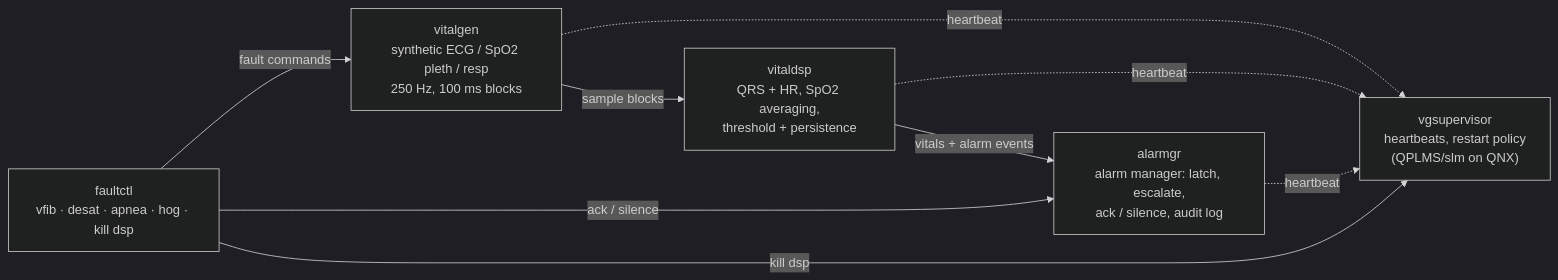
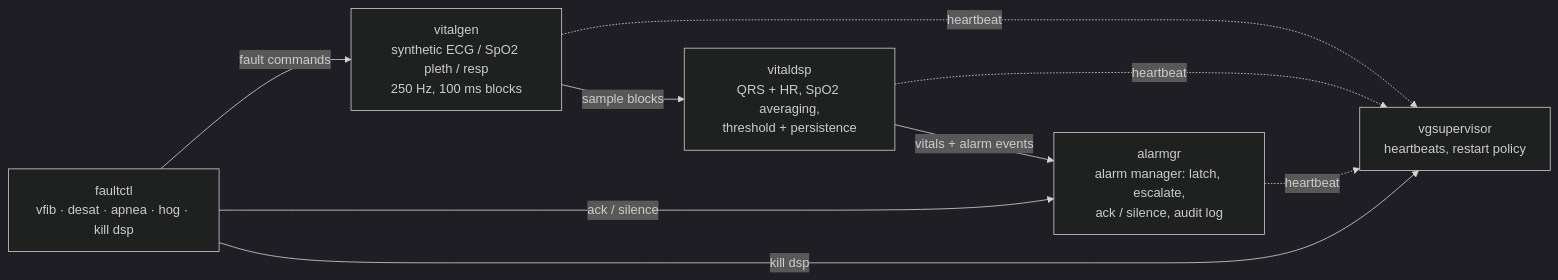
The diagram in README.md (yierliu2023github/vitalguard), drawn with Mermaid (dark theme) before and after one commit. The commit also changed other lines of this file and 8 other files, not shown here.

````diff
--- a/README.md
+++ b/README.md
@@ -32,17 +33,17 @@
 ```mermaid
 flowchart LR
-    GEN["vitalgen<br/>synthetic ECG / SpO2 pleth / resp<br/>250 Hz, 100 ms blocks"] 
+    GEN["vitalgen<br/>synthetic ECG / SpO2 pleth / resp<br/>250 Hz, 100 ms blocks"]
     DSP["vitaldsp<br/>QRS + HR, SpO2 averaging,<br/>threshold + persistence"]
     ALM["alarmgr<br/>alarm manager: latch, escalate,<br/>ack / silence, audit log"]
-    SUP["vgsupervisor<br/>heartbeats, restart policy<br/>(QPLMS/slm on QNX)"]
+    SUP["vgsupervisor<br/>heartbeats, restart policy"]
     CTL["faultctl<br/>vfib · desat · apnea · hog · kill dsp"]
 
     GEN -- sample blocks --> DSP
     DSP -- vitals + alarm events --> ALM
     GEN -. heartbeat .-> SUP
     DSP -. heartbeat .-> SUP
     ALM -. heartbeat .-> SUP
     CTL -- fault commands --> GEN
     CTL -- kill dsp --> SUP
     CTL -- ack / silence --> ALM
 ```
````
